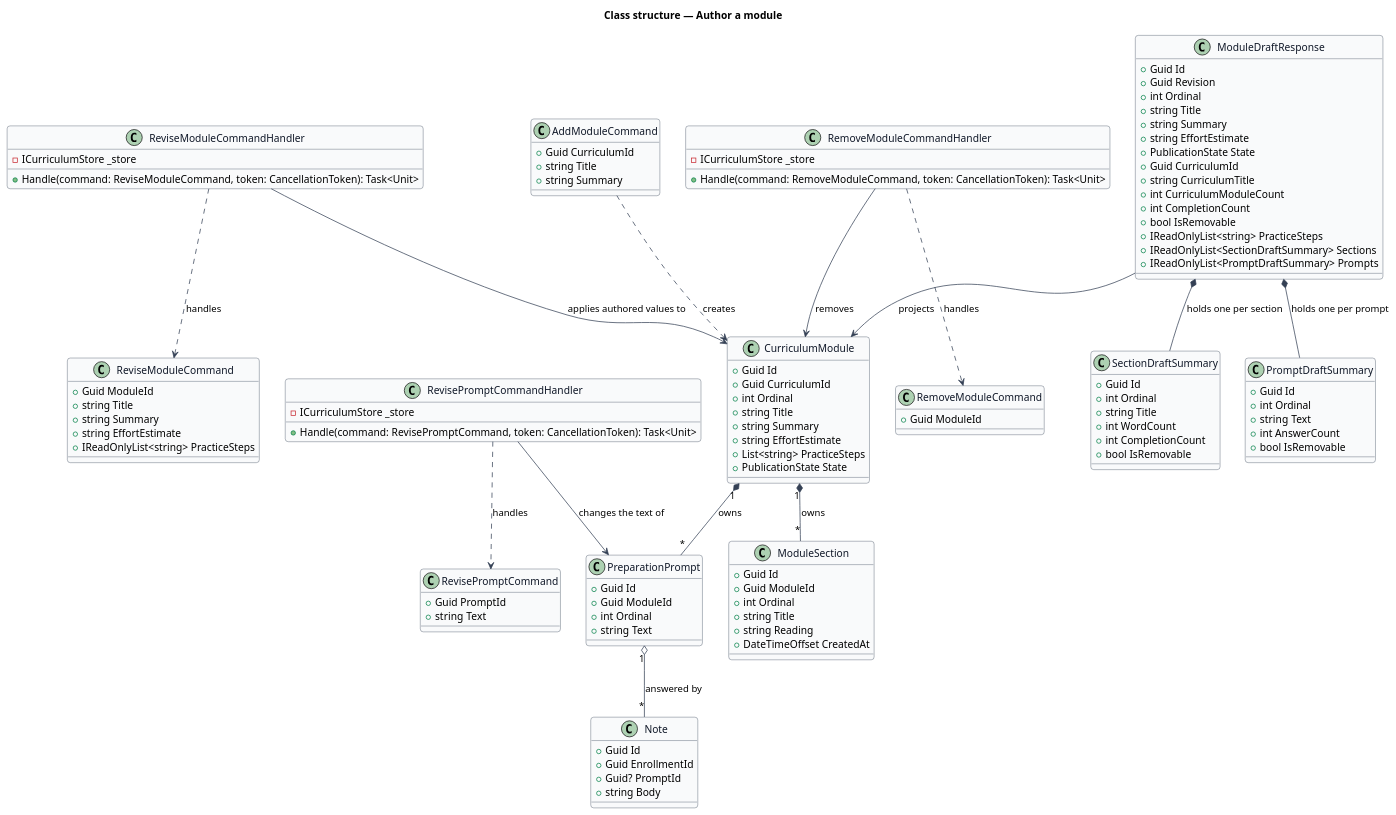
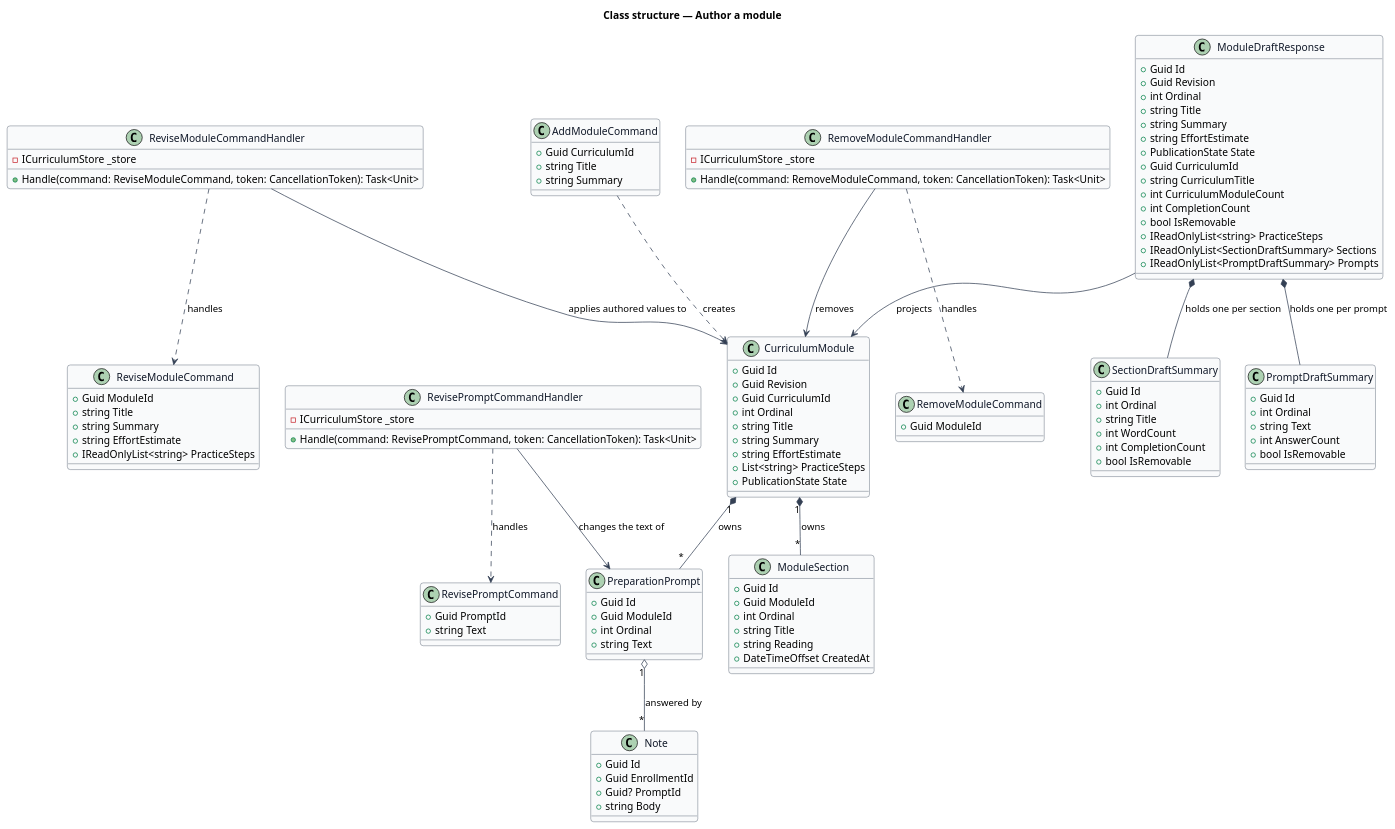
The diagram in docs/detailed-designs/administration/author-module/diagrams/class-structure.puml (QuinntyneBrown/quinntyne-brown-stewardship), drawn with PlantUML before and after one commit. The commit also changed 3 other files, not shown here.

```diff
--- a/docs/detailed-designs/administration/author-module/diagrams/class-structure.puml
+++ b/docs/detailed-designs/administration/author-module/diagrams/class-structure.puml
@@ -1,134 +1,135 @@
 @startuml
 skinparam backgroundColor #FFFFFF
 skinparam shadowing false
 skinparam roundcorner 8
 skinparam defaultFontName Arial
 skinparam ArrowColor #344054
 skinparam class {
   BorderColor #344054
   FontColor #101828
   BackgroundColor #F9FAFB
 }
 title Class structure — Author a module
 
 class CurriculumModule {
   +Guid Id
+  +Guid Revision
   +Guid CurriculumId
   +int Ordinal
   +string Title
   +string Summary
   +string EffortEstimate
   +List<string> PracticeSteps
   +PublicationState State
 }
 
 class ModuleSection {
   +Guid Id
   +Guid ModuleId
   +int Ordinal
   +string Title
   +string Reading
   +DateTimeOffset CreatedAt
 }
 
 class PreparationPrompt {
   +Guid Id
   +Guid ModuleId
   +int Ordinal
   +string Text
 }
 
 class Note {
   +Guid Id
   +Guid EnrollmentId
   +Guid? PromptId
   +string Body
 }
 
 class AddModuleCommand {
   +Guid CurriculumId
   +string Title
   +string Summary
 }
 
 class ReviseModuleCommand {
   +Guid ModuleId
   +string Title
   +string Summary
   +string EffortEstimate
   +IReadOnlyList<string> PracticeSteps
 }
 
 class ReviseModuleCommandHandler {
   -ICurriculumStore _store
   +Handle(command: ReviseModuleCommand, token: CancellationToken): Task<Unit>
 }
 
 class RemoveModuleCommand {
   +Guid ModuleId
 }
 
 class RemoveModuleCommandHandler {
   -ICurriculumStore _store
   +Handle(command: RemoveModuleCommand, token: CancellationToken): Task<Unit>
 }
 
 class RevisePromptCommand {
   +Guid PromptId
   +string Text
 }
 
 class RevisePromptCommandHandler {
   -ICurriculumStore _store
   +Handle(command: RevisePromptCommand, token: CancellationToken): Task<Unit>
 }
 
 class ModuleDraftResponse {
   +Guid Id
   +Guid Revision
   +int Ordinal
   +string Title
   +string Summary
   +string EffortEstimate
   +PublicationState State
   +Guid CurriculumId
   +string CurriculumTitle
   +int CurriculumModuleCount
   +int CompletionCount
   +bool IsRemovable
   +IReadOnlyList<string> PracticeSteps
   +IReadOnlyList<SectionDraftSummary> Sections
   +IReadOnlyList<PromptDraftSummary> Prompts
 }
 
 class SectionDraftSummary {
   +Guid Id
   +int Ordinal
   +string Title
   +int WordCount
   +int CompletionCount
   +bool IsRemovable
 }
 
 class PromptDraftSummary {
   +Guid Id
   +int Ordinal
   +string Text
   +int AnswerCount
   +bool IsRemovable
 }
 
 CurriculumModule "1" *-- "*" ModuleSection : owns
 CurriculumModule "1" *-- "*" PreparationPrompt : owns
 PreparationPrompt "1" o-- "*" Note : answered by
 ReviseModuleCommandHandler ..> ReviseModuleCommand : handles
 ReviseModuleCommandHandler --> CurriculumModule : applies authored values to
 RemoveModuleCommandHandler ..> RemoveModuleCommand : handles
 RemoveModuleCommandHandler --> CurriculumModule : removes
 RevisePromptCommandHandler ..> RevisePromptCommand : handles
 RevisePromptCommandHandler --> PreparationPrompt : changes the text of
 ModuleDraftResponse --> CurriculumModule : projects
 ModuleDraftResponse *-- SectionDraftSummary : holds one per section
 ModuleDraftResponse *-- PromptDraftSummary : holds one per prompt
 AddModuleCommand ..> CurriculumModule : creates
 @enduml
```
